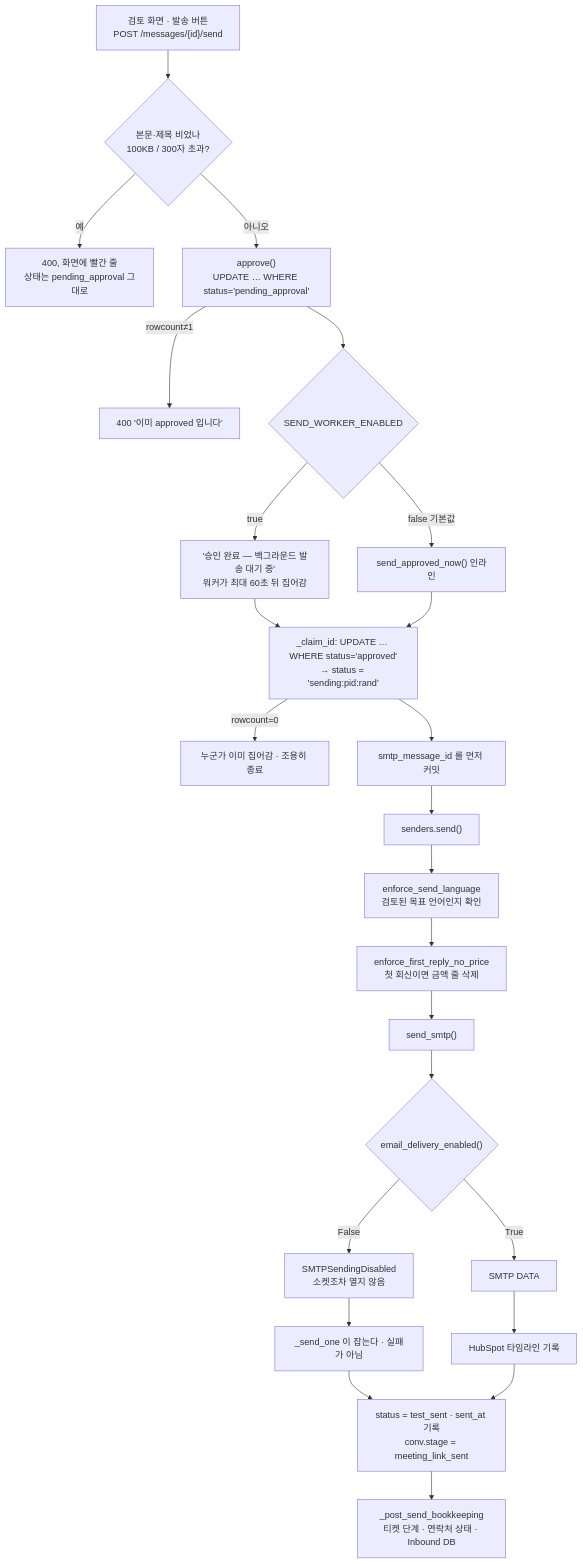
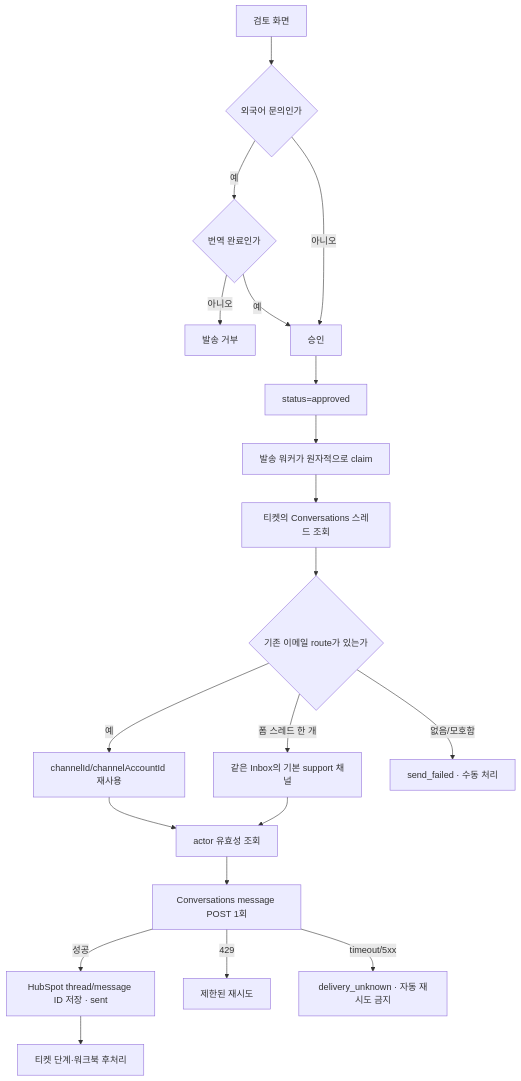
One commit to alpaka206/sales-automation changed the diagram in docs/암묵지/02-검토와-발송.md. Above: the diagram before and after it, drawn with Mermaid. The commit also changed other lines of this file and 41 other files, not shown here.

Commit message:
feat: HubSpot Conversations로 승인 메일을 발송한다

````diff
--- a/docs/암묵지/02-검토와-발송.md
+++ b/docs/암묵지/02-검토와-발송.md
@@ -16,26 +8,22 @@
 ```mermaid
 flowchart TD
-    A["검토 화면 · 발송 버튼<br/>POST /messages/{id}/send"] --> B{"본문·제목 비었나<br/>100KB / 300자 초과?"}
-    B -->|예| B1["400, 화면에 빨간 줄<br/>상태는 pending_approval 그대로"]
-    B -->|아니오| C["approve()<br/>UPDATE … WHERE status='pending_approval'"]
-    C -->|rowcount≠1| C1["400 '이미 approved 입니다'"]
-    C --> D{"SEND_WORKER_ENABLED"}
-    D -->|true| E["'승인 완료 — 백그라운드 발송 대기 중'<br/>워커가 최대 60초 뒤 집어감"]
-    D -->|false 기본값| F["send_approved_now() 인라인"]
-    E --> G
-    F --> G["_claim_id: UPDATE … WHERE status='approved'<br/>→ status = 'sending:pid:rand'"]
-    G -->|rowcount=0| G1["누군가 이미 집어감 · 조용히 종료"]
-    G --> H["smtp_message_id 를 먼저 커밋"]
-    H --> I["senders.send()"]
-    I --> K["enforce_send_language<br/>검토된 목표 언어인지 확인"]
-    K --> L["enforce_first_reply_no_price<br/>첫 회신이면 금액 줄 삭제"]
-    L --> M["send_smtp()"]
-    M --> N{"email_delivery_enabled()"}
-    N -->|False| O["SMTPSendingDisabled<br/>소켓조차 열지 않음"]
-    N -->|True| P["SMTP DATA"]
-    O --> Q["_send_one 이 잡는다 · 실패가 아님"]
-    P --> R["HubSpot 타임라인 기록"]
-    Q --> S["status = test_sent · sent_at 기록<br/>conv.stage = meeting_link_sent"]
-    R --> S
-    S --> T["_post_send_bookkeeping<br/>티켓 단계 · 연락처 상태 · Inbound DB"]
+    A[검토 화면] --> B{외국어 문의인가}
+    B -->|예| C{번역 완료인가}
+    C -->|아니오| D[발송 거부]
+    C -->|예| E[승인]
+    B -->|아니오| E
+    E --> F[status=approved]
+    F --> G[발송 워커가 원자적으로 claim]
+    G --> H[티켓의 Conversations 스레드 조회]
+    H --> I{기존 이메일 route가 있는가}
+    I -->|예| J[channelId/channelAccountId 재사용]
+    I -->|폼 스레드 한 개| K[같은 Inbox의 기본 support 채널]
+    I -->|없음/모호함| L[send_failed · 수동 처리]
+    J --> M[actor 유효성 조회]
+    K --> M
+    M --> N[Conversations message POST 1회]
+    N -->|성공| O[HubSpot thread/message ID 저장 · sent]
+    N -->|429| P[제한된 재시도]
+    N -->|timeout/5xx| Q[delivery_unknown · 자동 재시도 금지]
+    O --> R[티켓 단계·워크북 후처리]
 ```
````
